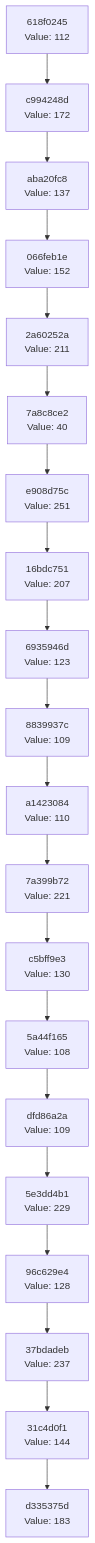
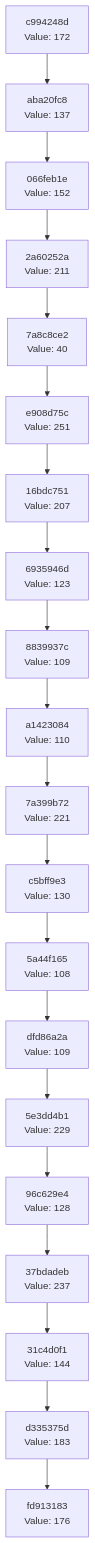
Before and after one commit to Abhisheksinha1506/hash-chain-evolver: the diagram in docs/CHAIN_VISUALIZATION.md, drawn with Mermaid. The commit also changed 3 other files, not shown here.

````diff
--- a/docs/CHAIN_VISUALIZATION.md
+++ b/docs/CHAIN_VISUALIZATION.md
@@ -3,42 +3,42 @@
 ```mermaid
 graph TD
-    C0["d335375d<br/>Value: 183"]
-    C1["31c4d0f1<br/>Value: 144"]
+    C0["fd913183<br/>Value: 176"]
+    C1["d335375d<br/>Value: 183"]
     C1 --> C0
-    C2["37bdadeb<br/>Value: 237"]
+    C2["31c4d0f1<br/>Value: 144"]
     C2 --> C1
-    C3["96c629e4<br/>Value: 128"]
+    C3["37bdadeb<br/>Value: 237"]
     C3 --> C2
-    C4["5e3dd4b1<br/>Value: 229"]
+    C4["96c629e4<br/>Value: 128"]
     C4 --> C3
-    C5["dfd86a2a<br/>Value: 109"]
+    C5["5e3dd4b1<br/>Value: 229"]
     C5 --> C4
-    C6["5a44f165<br/>Value: 108"]
+    C6["dfd86a2a<br/>Value: 109"]
     C6 --> C5
-    C7["c5bff9e3<br/>Value: 130"]
+    C7["5a44f165<br/>Value: 108"]
     C7 --> C6
-    C8["7a399b72<br/>Value: 221"]
+    C8["c5bff9e3<br/>Value: 130"]
     C8 --> C7
-    C9["a1423084<br/>Value: 110"]
+    C9["7a399b72<br/>Value: 221"]
     C9 --> C8
-    C10["8839937c<br/>Value: 109"]
+    C10["a1423084<br/>Value: 110"]
     C10 --> C9
-    C11["6935946d<br/>Value: 123"]
+    C11["8839937c<br/>Value: 109"]
     C11 --> C10
-    C12["16bdc751<br/>Value: 207"]
+    C12["6935946d<br/>Value: 123"]
     C12 --> C11
-    C13["e908d75c<br/>Value: 251"]
+    C13["16bdc751<br/>Value: 207"]
     C13 --> C12
-    C14["7a8c8ce2<br/>Value: 40"]
+    C14["e908d75c<br/>Value: 251"]
     C14 --> C13
-    C15["2a60252a<br/>Value: 211"]
+    C15["7a8c8ce2<br/>Value: 40"]
     C15 --> C14
-    C16["066feb1e<br/>Value: 152"]
+    C16["2a60252a<br/>Value: 211"]
     C16 --> C15
-    C17["aba20fc8<br/>Value: 137"]
+    C17["066feb1e<br/>Value: 152"]
     C17 --> C16
-    C18["c994248d<br/>Value: 172"]
+    C18["aba20fc8<br/>Value: 137"]
     C18 --> C17
-    C19["618f0245<br/>Value: 112"]
+    C19["c994248d<br/>Value: 172"]
     C19 --> C18
 ```
````
